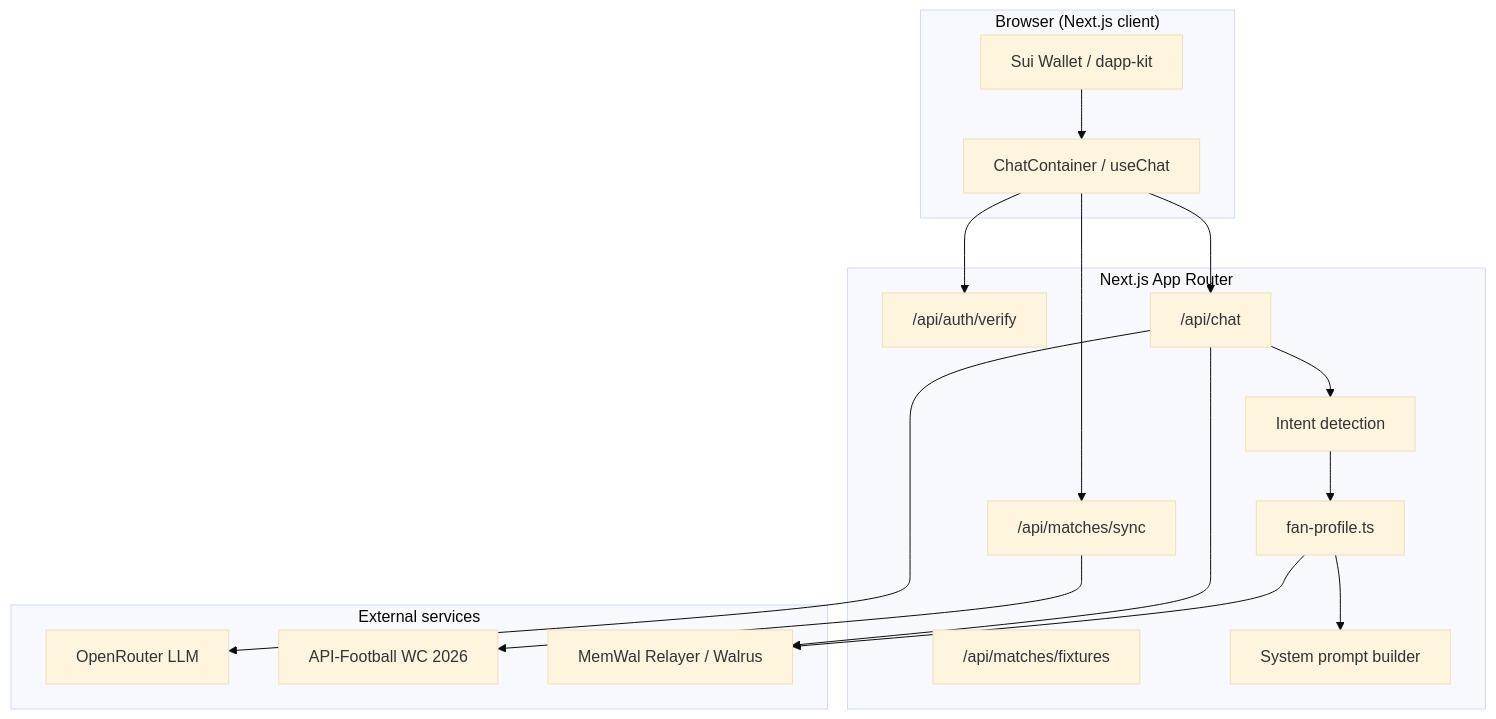
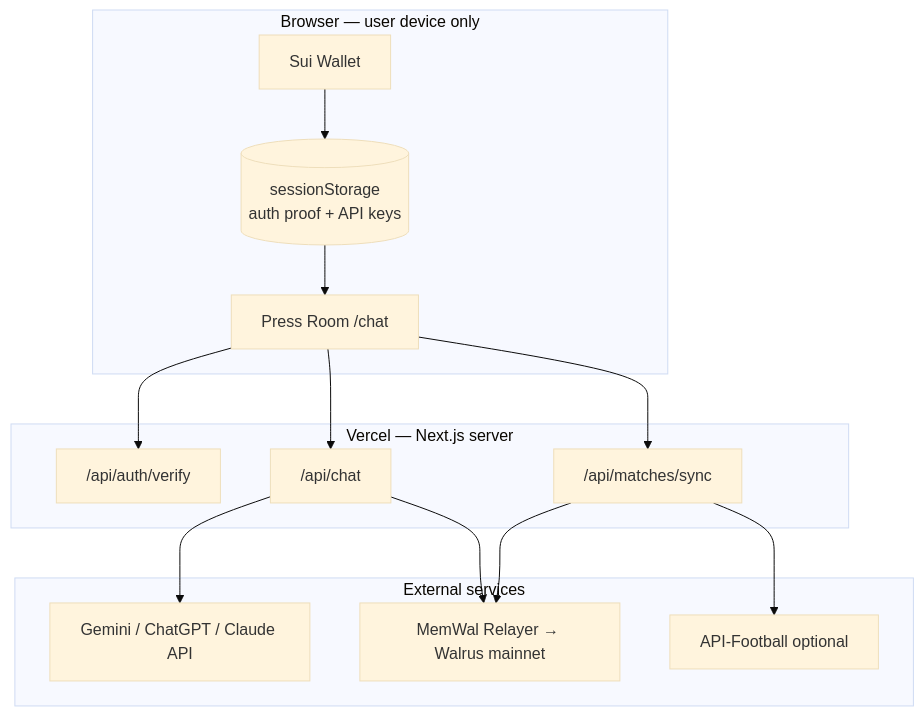
One commit to Olympusxvn/special-one-agent changed the first of 5 diagrams in PROJECT.md. Above: the diagram before and after it, drawn with Mermaid (base theme). The commit also changed other lines of this file, not shown here.

First line of the commit message:
Document judge-friendly data flow in PROJECT.md.

````diff
--- a/PROJECT.md
+++ b/PROJECT.md
@@ -32,33 +51,30 @@
 ```mermaid
 flowchart TB
-    subgraph Browser["Browser (Next.js client)"]
-        WB[Sui Wallet / dapp-kit]
-        CC[ChatContainer / useChat]
-        WB --> CC
+    subgraph Browser["Browser — user device only"]
+        Wallet[Sui Wallet]
+        SS[(sessionStorage<br/>auth proof + API keys)]
+        Chat[Press Room /chat]
+        Wallet --> SS
+        SS --> Chat
     end
 
-    subgraph Server["Next.js App Router"]
+    subgraph Server["Vercel — Next.js server"]
         AUTH["/api/auth/verify"]
         CHAT["/api/chat"]
         SYNC["/api/matches/sync"]
-        FIX["/api/matches/fixtures"]
-        INTENT[Intent detection]
-        PROFILE[fan-profile.ts]
-        PROMPT[System prompt builder]
-        CHAT --> INTENT --> PROFILE --> PROMPT
     end
 
     subgraph External["External services"]
-        OR[OpenRouter LLM]
-        AF[API-Football WC 2026]
-        MW[MemWal Relayer / Walrus]
+        LLM[Gemini / ChatGPT / Claude API]
+        MW[MemWal Relayer → Walrus mainnet]
+        AF[API-Football optional]
     end
 
-    CC --> AUTH
-    CC --> CHAT
-    CC --> SYNC
-    CHAT --> OR
+    Chat --> AUTH
+    Chat --> CHAT
+    Chat --> SYNC
+    CHAT --> LLM
+    CHAT --> MW
     SYNC --> AF
-    PROFILE --> MW
-    CHAT --> MW
+    SYNC --> MW
 ```
````
